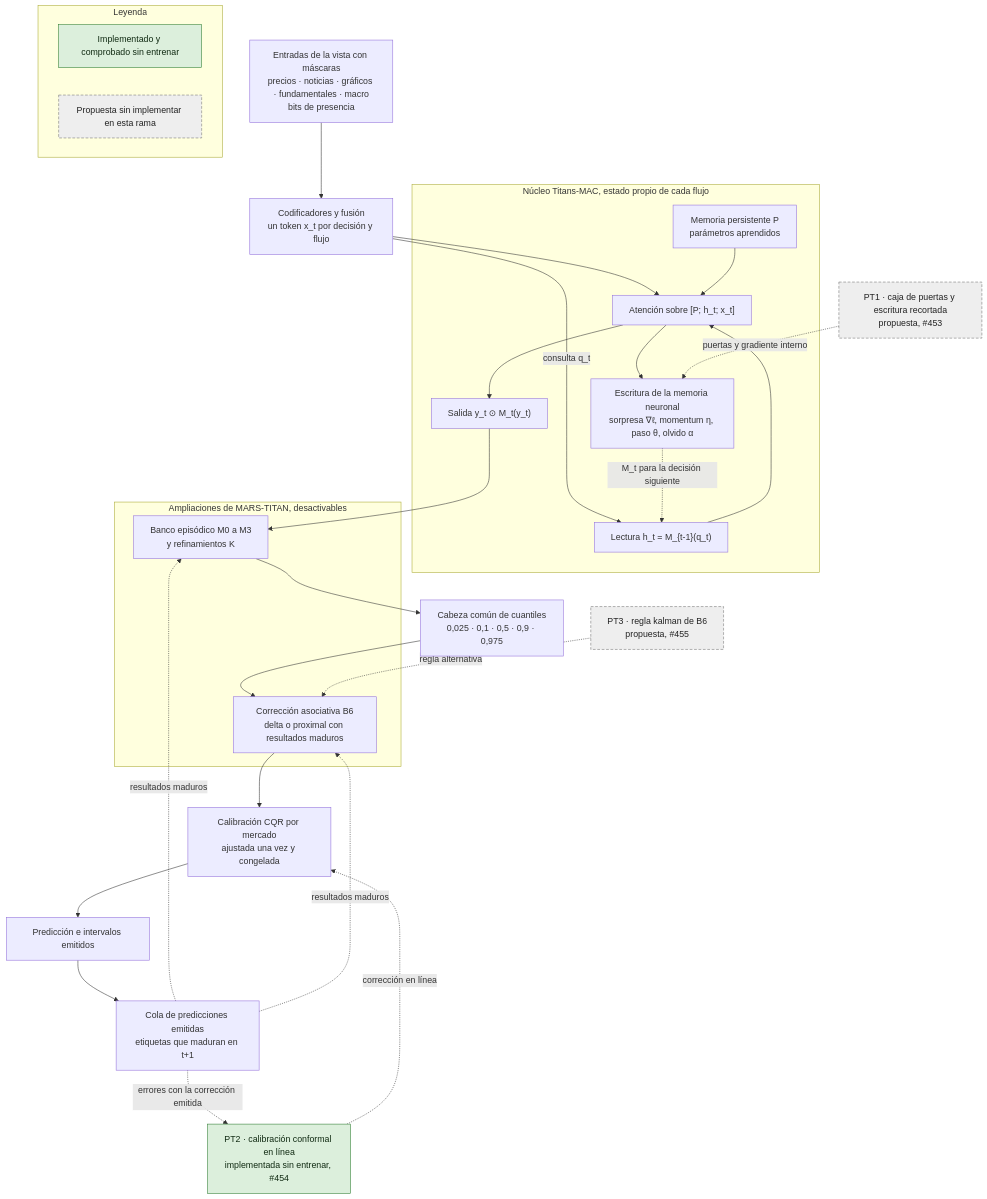
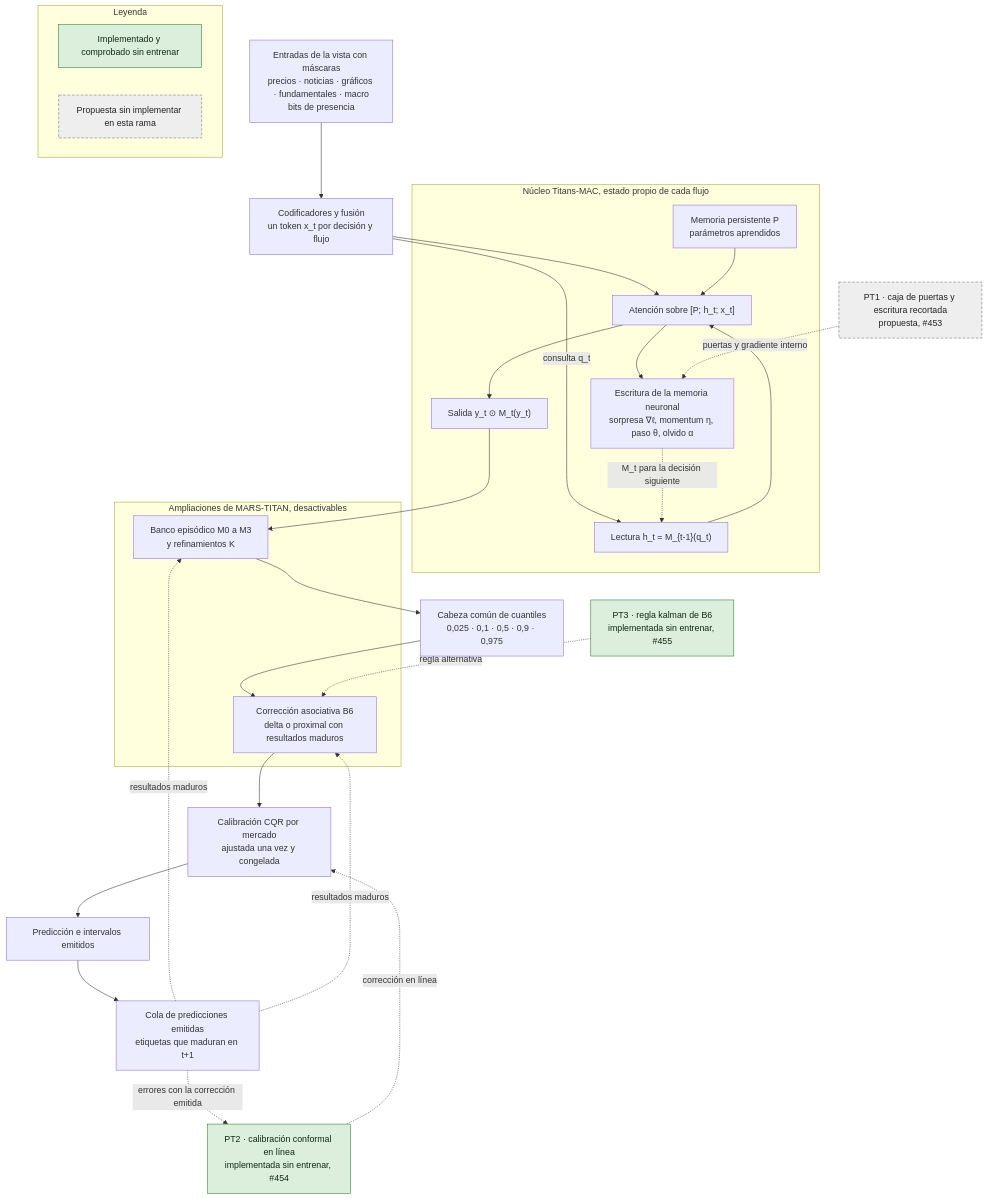
Before and after one commit to GonxKZ/mars-titan: the diagram in docs/research/titans-mac-architecture.md, drawn with Mermaid. The commit also changed other lines of this file and 6 other files, not shown here.

Commit message:
docs(memory): document the kalman rule of B6 with its data flow, equations, sources, tests and cost (#455)

````diff
--- a/docs/research/titans-mac-architecture.md
+++ b/docs/research/titans-mac-architecture.md
@@ -241,55 +241,55 @@
 ```mermaid
 flowchart TD
     IN["Entradas de la vista con máscaras<br/>precios · noticias · gráficos · fundamentales · macro<br/>bits de presencia"]
     ENC["Codificadores y fusión<br/>un token x_t por decisión y flujo"]
 
     subgraph MAC["Núcleo Titans-MAC, estado propio de cada flujo"]
         P["Memoria persistente P<br/>parámetros aprendidos"]
         RD["Lectura h_t = M_{t-1}(q_t)"]
         ATT["Atención sobre [P; h_t; x_t]"]
         WR["Escritura de la memoria neuronal<br/>sorpresa ∇ℓ, momentum η, paso θ, olvido α"]
         OG["Salida y_t ⊙ M_t(y_t)"]
     end
 
     PT1["PT1 · caja de puertas y escritura recortada<br/>propuesta, #453"]:::propuesta
 
     subgraph EXT["Ampliaciones de MARS-TITAN, desactivables"]
         BANK["Banco episódico M0 a M3<br/>y refinamientos K"]
         B6["Corrección asociativa B6<br/>delta o proximal con resultados maduros"]
     end
 
     HEAD["Cabeza común de cuantiles<br/>0,025 · 0,1 · 0,5 · 0,9 · 0,975"]
 
-    PT3["PT3 · regla kalman de B6<br/>propuesta, #455"]:::propuesta
+    PT3["PT3 · regla kalman de B6<br/>implementada sin entrenar, #455"]:::comprobado
 
     CAL["Calibración CQR por mercado<br/>ajustada una vez y congelada"]
 
     PT2["PT2 · calibración conformal en línea<br/>implementada sin entrenar, #454"]:::comprobado
 
     OUT["Predicción e intervalos emitidos"]
     Q["Cola de predicciones emitidas<br/>etiquetas que maduran en t+1"]
 
     IN --> ENC --> ATT
     ENC -- consulta q_t --> RD
     P --> ATT
     RD --> ATT
     ATT --> WR
     ATT --> OG
     WR -. M_t para la decisión siguiente .-> RD
     OG --> BANK --> HEAD --> B6 --> CAL --> OUT
     OUT --> Q
     Q -. resultados maduros .-> BANK
     Q -. resultados maduros .-> B6
     Q -. errores con la corrección emitida .-> PT2
     PT1 -. puertas y gradiente interno .-> WR
     PT3 -. regla alternativa .-> B6
     PT2 -. corrección en línea .-> CAL
 
     subgraph LEY["Leyenda"]
         L1["Implementado y comprobado sin entrenar"]:::comprobado
         L2["Propuesta sin implementar en esta rama"]:::propuesta
     end
 
     classDef comprobado fill:#dcefdc,stroke:#2e7d32,color:#102a12
     classDef propuesta fill:#eeeeee,stroke:#757575,color:#222222,stroke-dasharray:5 3
 ```
````
